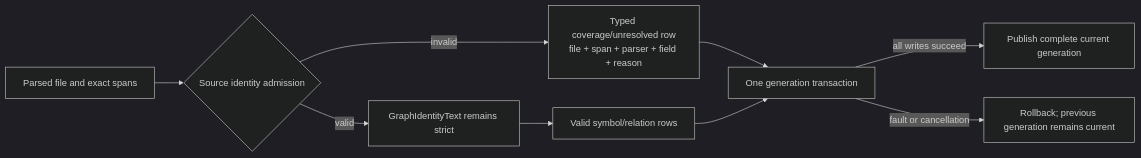
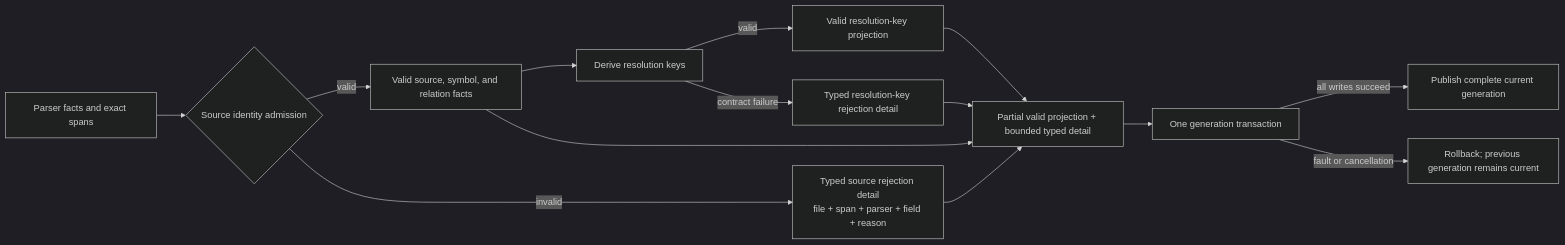
Diagram 13 of 28 in docs/v050-release-architecture.md (styler-ai/ProjectAtlas), drawn with Mermaid (dark theme) before and after one commit. The commit also changed other lines of this file and 16 other files, not shown here.

Commit message:
fix(graph): admit invalid source identities during publication (#476)

````diff
--- a/docs/v050-release-architecture.md
+++ b/docs/v050-release-architecture.md
@@ -192,11 +192,16 @@
 ```mermaid
 flowchart LR
-  Source["Parsed file and exact spans"] --> Admit{"Source identity admission"}
-  Admit -->|valid| Strict["GraphIdentityText remains strict"]
-  Admit -->|invalid| Coverage["Typed coverage/unresolved row<br/>file + span + parser + field + reason"]
-  Strict --> Rows["Valid symbol/relation rows"]
-  Coverage --> Tx["One generation transaction"]
-  Rows --> Tx
+  Parser["Parser facts and exact spans"] --> SourceAdmit{"Source identity admission"}
+  SourceAdmit -->|valid| SourceRows["Valid source, symbol, and relation facts"]
+  SourceAdmit -->|invalid| SourceReject["Typed source rejection detail<br/>file + span + parser + field + reason"]
+  SourceRows --> Derive["Derive resolution keys"]
+  Derive -->|valid| KeyRows["Valid resolution-key projection"]
+  Derive -->|contract failure| KeyReject["Typed resolution-key rejection detail"]
+  SourceRows --> Partial["Partial valid projection + bounded typed detail"]
+  SourceReject --> Partial
+  KeyRows --> Partial
+  KeyReject --> Partial
+  Partial --> Tx["One generation transaction"]
   Tx -->|all writes succeed| Current["Publish complete current generation"]
   Tx -->|fault or cancellation| Rollback["Rollback; previous generation remains current"]
 ```
````
